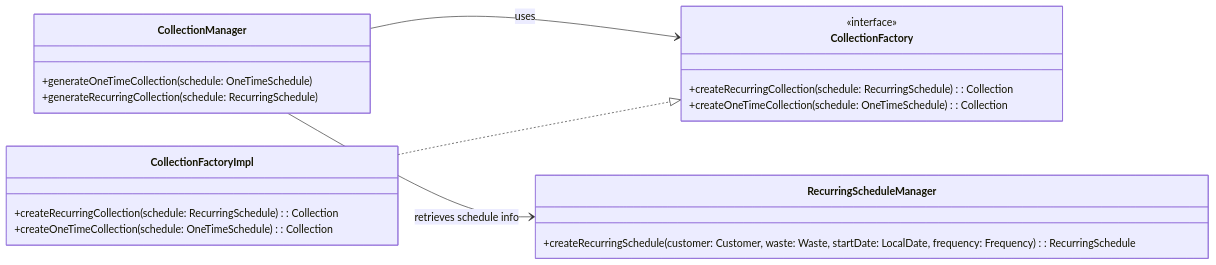
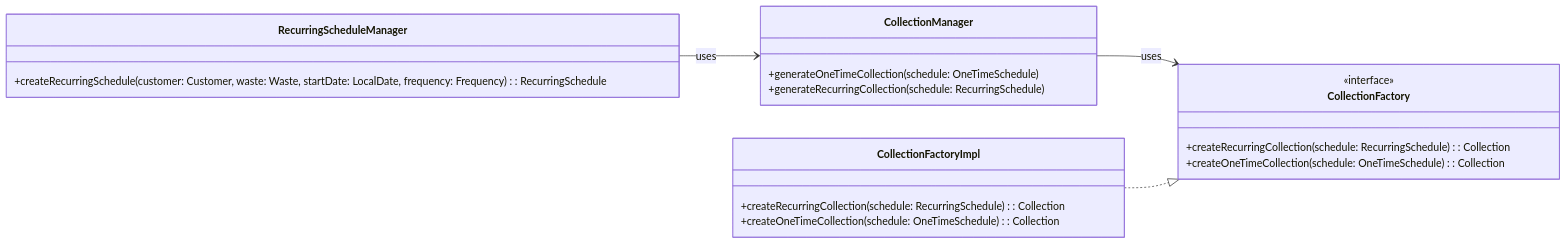
One commit to Alex-Cambrini/pss24-25-WasteMaster-Cambrini-Ferrari-Ragazzini changed the tenth of 14 diagrams in README.md. Above: the diagram before and after it, drawn with Mermaid. The commit also changed other lines of this file, not shown here.

````diff
--- a/README.md
+++ b/README.md
@@ -649,31 +655,31 @@
 ```mermaid
 classDiagram
     direction LR
 
     %% Manager
     class CollectionManager {
         +generateOneTimeCollection(schedule: OneTimeSchedule)
         +generateRecurringCollection(schedule: RecurringSchedule)
     }
 
     class RecurringScheduleManager {
         +createRecurringSchedule(customer: Customer, waste: Waste, startDate: LocalDate, frequency: Frequency): RecurringSchedule
     }
 
     %% Factory
     class CollectionFactory {
         <<interface>>
         +createRecurringCollection(schedule: RecurringSchedule): Collection
         +createOneTimeCollection(schedule: OneTimeSchedule): Collection
     }
 
     class CollectionFactoryImpl {
         +createRecurringCollection(schedule: RecurringSchedule): Collection
         +createOneTimeCollection(schedule: OneTimeSchedule): Collection
     }
 
-    %% Relazioni
+    %% Relationships
     CollectionManager --> CollectionFactory : uses
     CollectionFactoryImpl ..|> CollectionFactory
-    CollectionManager --> RecurringScheduleManager : retrieves schedule info
+    RecurringScheduleManager --> CollectionManager : uses
 ```
````
